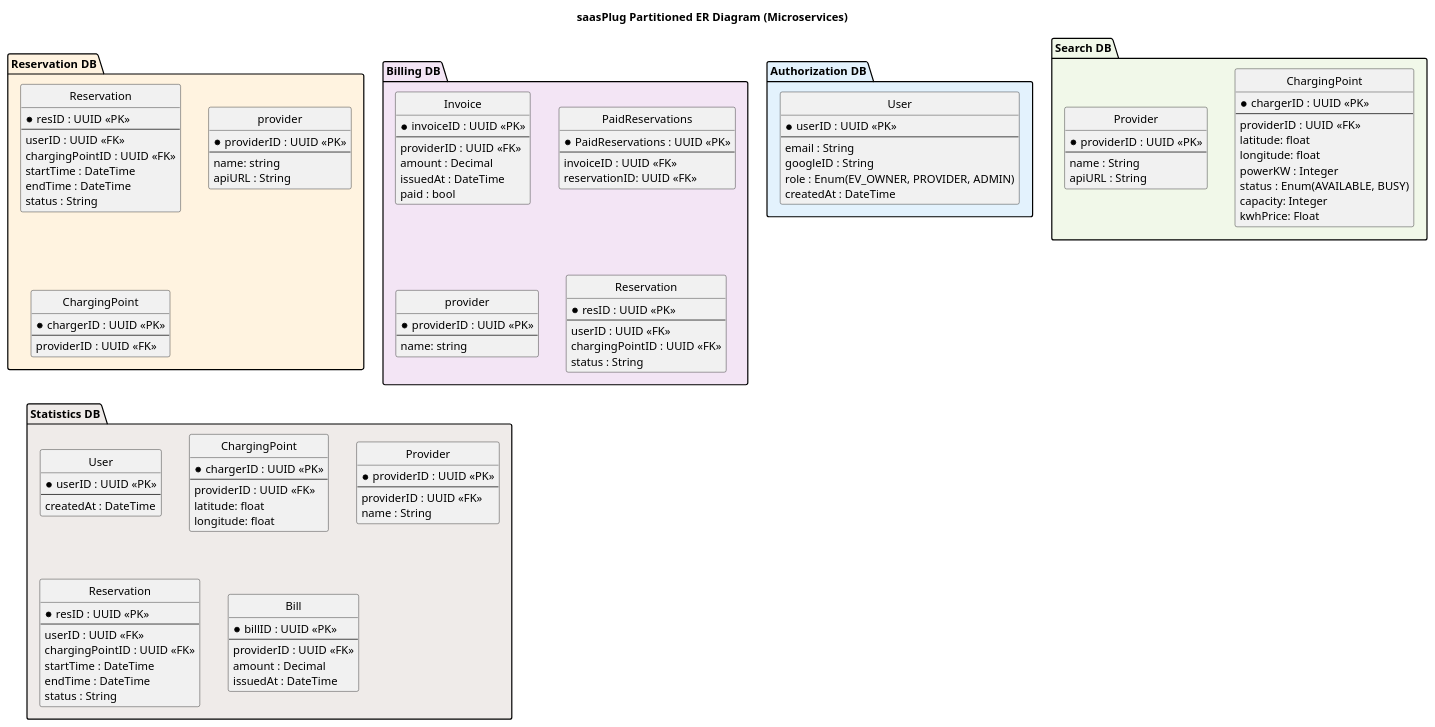
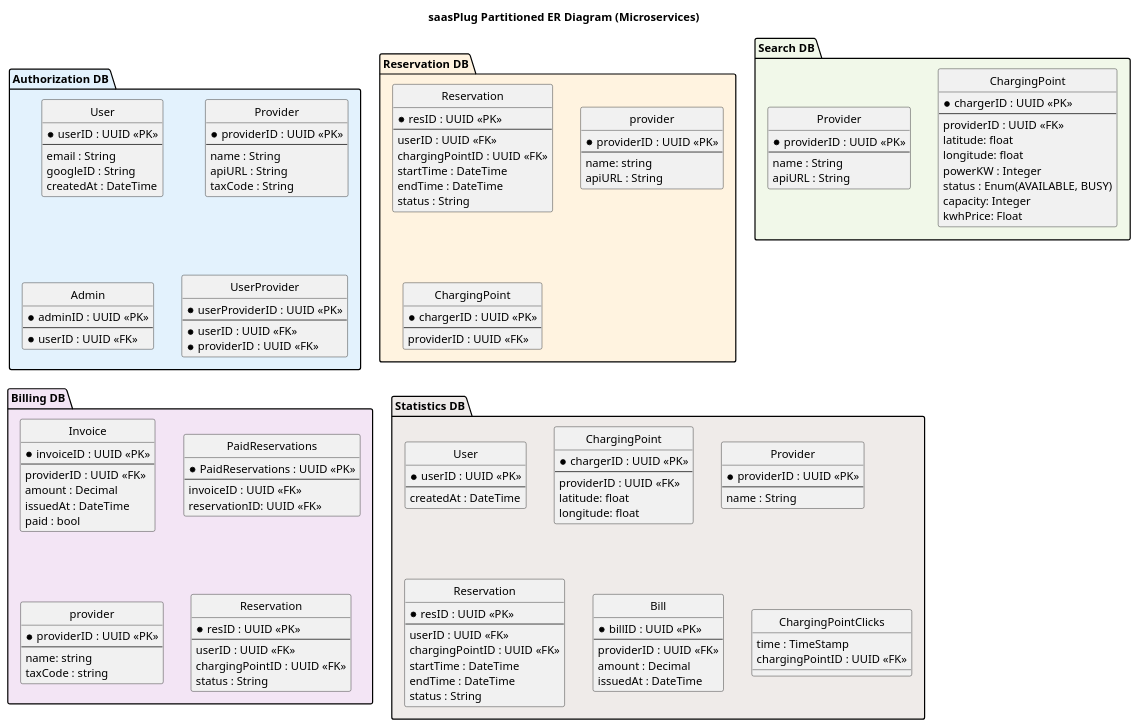
Before and after one commit to Angelosef/saas_plug_diagrams: the fifth of 8 diagrams in puml_diagrams/#SAASPLUG.md, drawn with PlantUML. The commit also changed other lines of this file and 1 other file, not shown here.

Commit message:
updated diagram-text in markdown

```diff
--- a/puml_diagrams/#SAASPLUG.md
+++ b/puml_diagrams/#SAASPLUG.md
@@ -263,9 +289,31 @@
         --
         email : String
         googleID : String
-        role : Enum(EV_OWNER, PROVIDER, ADMIN)
         createdAt : DateTime
     }
+
+    entity "Provider" as provider {
+        * providerID : UUID <<PK>>
+        --
+        name : String
+        apiURL : String
+        taxCode : String
+    }
+
+    entity "Admin" as admin {
+        * adminID : UUID <<PK>>
+        --
+        * userID : UUID <<FK>>
+    }
+
+    entity "UserProvider" as userProvider {
+        * userProviderID : UUID <<PK>>
+        --
+        * userID : UUID <<FK>>
+        * providerID : UUID <<FK>>
+    }
+
+
     }
 
     package "Search DB" #F1F8E9 {
@@ -337,6 +385,7 @@
         * providerID : UUID <<PK>>
         --
         name: string
+        taxCode : string
     }
 
     entity "Reservation" as res {
@@ -367,7 +416,6 @@
     entity "Provider" as provider {
         * providerID : UUID <<PK>>
         --
-        providerID : UUID <<FK>>
         name : String
     }
 
@@ -388,6 +436,11 @@
         amount : Decimal
         issuedAt : DateTime
     }
+
+    entity "ChargingPointClicks" as clicks {
+        time : TimeStamp
+        chargingPointID : UUID <<FK>>
+    }
         
     }
 
```
